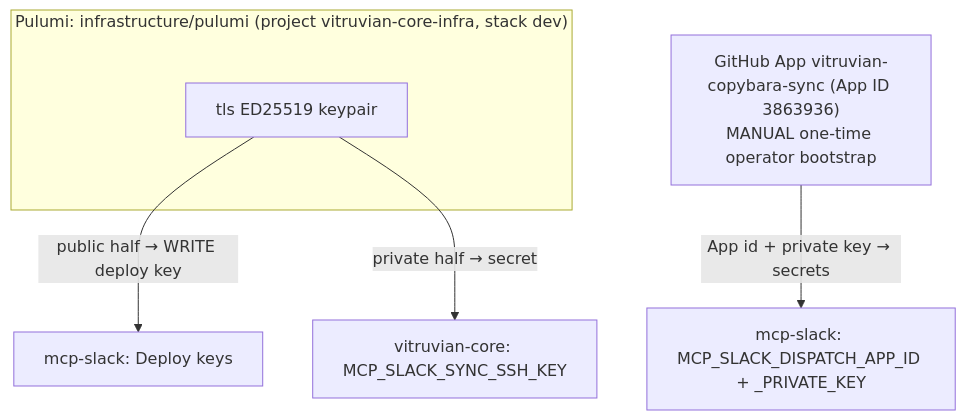
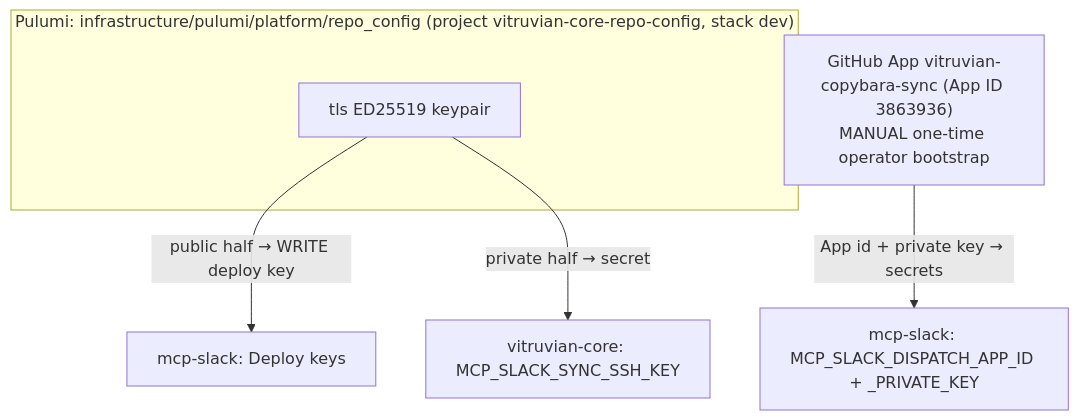
Before and after one commit to VitruvianSoftware/vitruvian-core: the fifth of 7 diagrams in docs/admin/copybara-sync.md, drawn with Mermaid. The commit also changed other lines of this file and 7 other files, not shown here.

````diff
--- a/docs/admin/copybara-sync.md
+++ b/docs/admin/copybara-sync.md
@@ -207,10 +207,10 @@
 ```mermaid
 flowchart TD
-    subgraph P["Pulumi: infrastructure/pulumi (project vitruvian-core-infra, stack dev)"]
+    subgraph P["Pulumi: infrastructure/pulumi/platform/repo_config (project vitruvian-core-repo-config, stack dev)"]
         key["tls ED25519 keypair"]
     end
     key -- "public half → WRITE deploy key" --> msk["mcp-slack: Deploy keys"]
     key -- "private half → secret" --> vck["vitruvian-core: MCP_SLACK_SYNC_SSH_KEY"]
     app["GitHub App vitruvian-copybara-sync (App ID 3863936)<br/>MANUAL one-time operator bootstrap"]
     app -- "App id + private key → secrets" --> mss["mcp-slack: MCP_SLACK_DISPATCH_APP_ID + _PRIVATE_KEY"]
 ```
````
